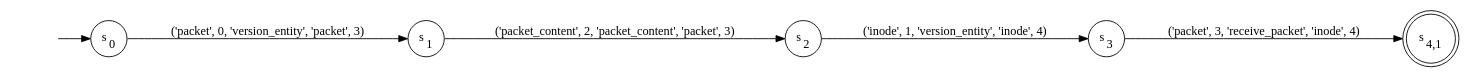
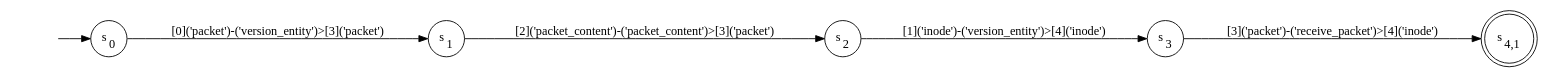
One commit to TinkerBellSystem/graph-matching changed the diagram in dot/provenance_socket_sock_rcv_skb_dfa.dot. Above: the diagram before and after it, drawn with Graphviz. The commit also changed 185 other files, not shown here.

```diff
--- a/dot/provenance_socket_sock_rcv_skb_dfa.dot
+++ b/dot/provenance_socket_sock_rcv_skb_dfa.dot
@@ -1,14 +1,14 @@
 digraph DFA {
     rankdir = LR;
     I [style = invis];
     I -> S0;
     S0 [label = <s<sub>0</sub>>, shape = circle];
     S1 [label = <s<sub>1</sub>>, shape = circle];
     S2 [label = <s<sub>2</sub>>, shape = circle];
     S3 [label = <s<sub>3</sub>>, shape = circle];
     S4 [label = <s<sub>4,1</sub>>, shape = circle, peripheries = 2];
-    S3 -> S4 [label = "('packet', 3, 'receive_packet', 'inode', 4)"];
-    S2 -> S3 [label = "('inode', 1, 'version_entity', 'inode', 4)"];
-    S1 -> S2 [label = "('packet_content', 2, 'packet_content', 'packet', 3)"];
-    S0 -> S1 [label = "('packet', 0, 'version_entity', 'packet', 3)"];
+    S3 -> S4 [label = "[3]('packet')-('receive_packet')>[4]('inode')"];
+    S2 -> S3 [label = "[1]('inode')-('version_entity')>[4]('inode')"];
+    S1 -> S2 [label = "[2]('packet_content')-('packet_content')>[3]('packet')"];
+    S0 -> S1 [label = "[0]('packet')-('version_entity')>[3]('packet')"];
 }
```
